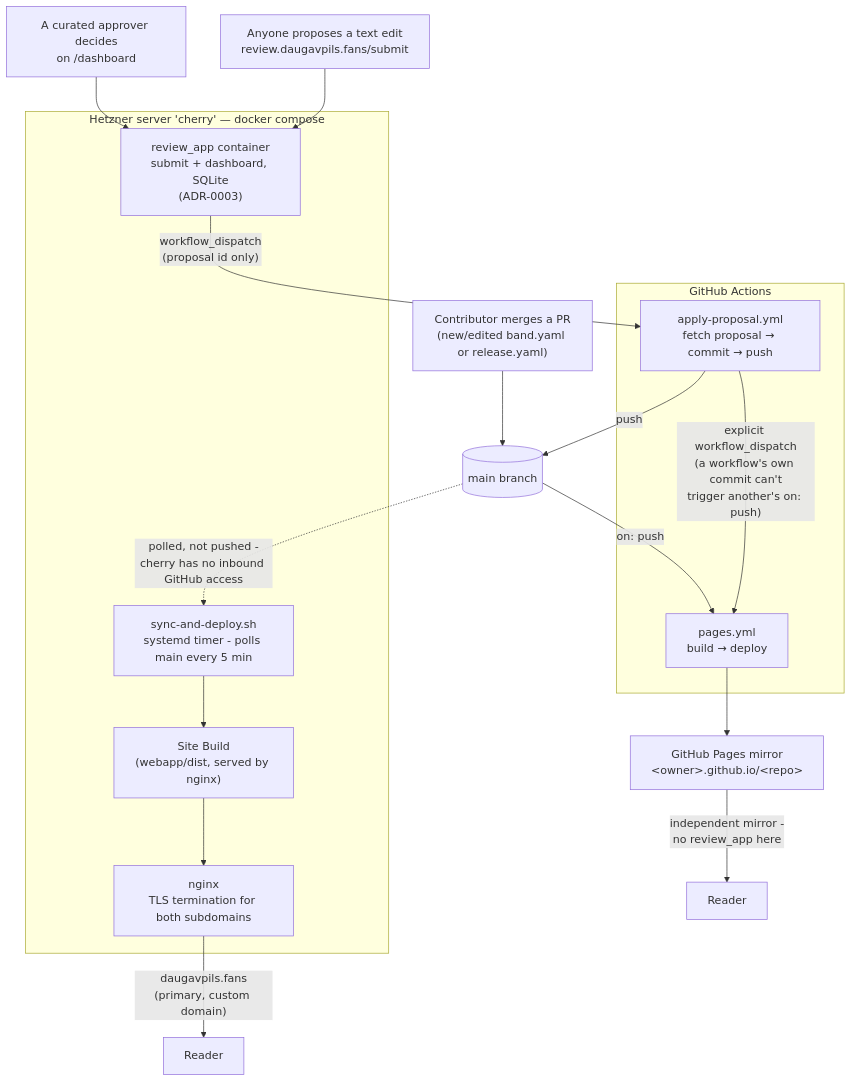
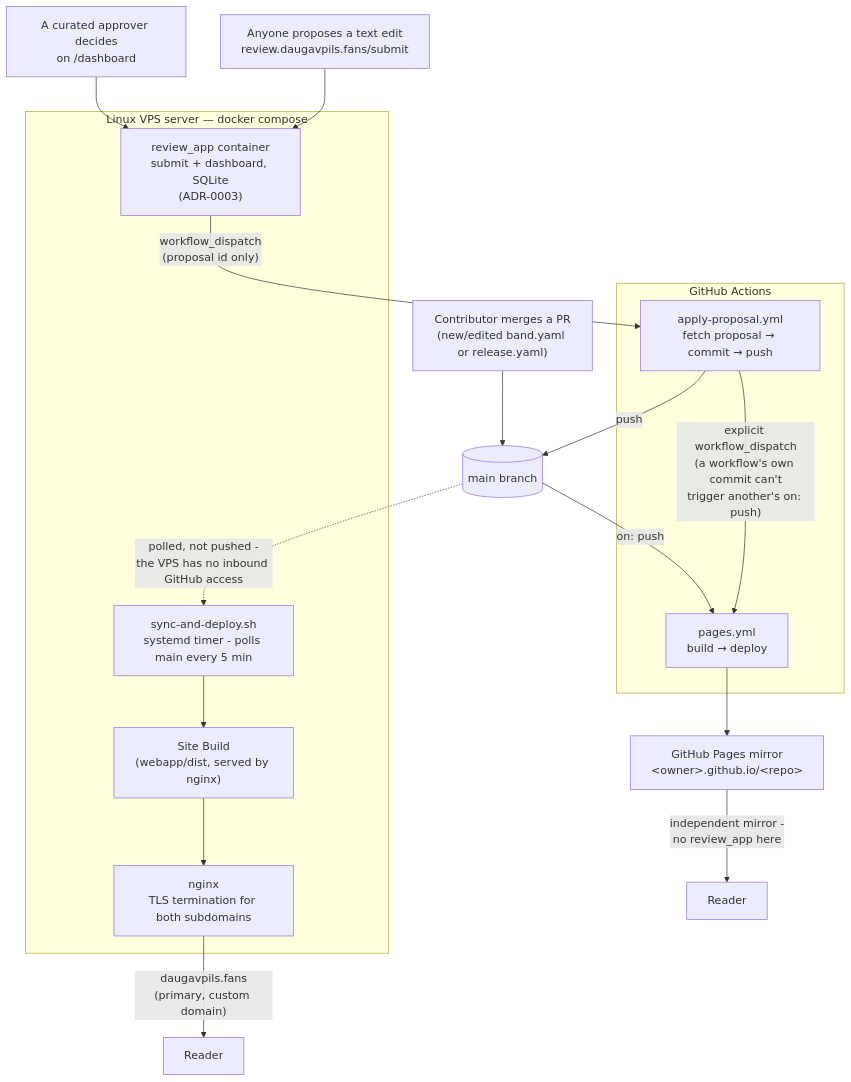
Before and after one commit to svalevka/daugavpils.fans: the diagram in documentation/ARCHITECTURE.md, drawn with Mermaid. The commit also changed other lines of this file, not shown here.

First line of the commit message:
ARCHITECTURE.md: drop hosting provider name and internal hostname

````diff
--- a/documentation/ARCHITECTURE.md
+++ b/documentation/ARCHITECTURE.md
@@ -18,33 +18,33 @@
 ```mermaid
 flowchart TD
     CONTRIBUTOR["Contributor merges a PR<br/>(new/edited band.yaml or release.yaml)"] --> MAIN
 
     SUBMITTER["Anyone proposes a text edit<br/>review.daugavpils.fans/submit"] --> REVIEWAPP
     APPROVER["A curated approver decides<br/>on /dashboard"] --> REVIEWAPP
 
-    subgraph cherry["Hetzner server 'cherry' — docker compose"]
+    subgraph vps["Linux VPS server — docker compose"]
         NGINX["nginx<br/>TLS termination for both subdomains"]
         REVIEWAPP["review_app container<br/>submit + dashboard, SQLite<br/>(ADR-0003)"]
         TIMER["sync-and-deploy.sh<br/>systemd timer - polls main every 5 min"]
         SITE["Site Build<br/>(webapp/dist, served by nginx)"]
     end
 
     REVIEWAPP -->|"workflow_dispatch<br/>(proposal id only)"| APPLY
 
     subgraph gha["GitHub Actions"]
         APPLY["apply-proposal.yml<br/>fetch proposal → commit → push"]
         PAGES["pages.yml<br/>build → deploy"]
     end
 
     APPLY -->|"push"| MAIN[("main branch")]
     APPLY -->|"explicit workflow_dispatch<br/>(a workflow's own commit can't<br/>trigger another's on: push)"| PAGES
 
     MAIN -->|"on: push"| PAGES
-    MAIN -.->|"polled, not pushed -<br/>cherry has no inbound GitHub access"| TIMER
+    MAIN -.->|"polled, not pushed -<br/>the VPS has no inbound GitHub access"| TIMER
     TIMER --> SITE
     SITE --> NGINX
     PAGES --> GHPAGES["GitHub Pages mirror<br/>&lt;owner&gt;.github.io/&lt;repo&gt;"]
 
     NGINX -->|"daugavpils.fans<br/>(primary, custom domain)"| READER1["Reader"]
     GHPAGES -->|"independent mirror -<br/>no review_app here"| READER2["Reader"]
 ```
````
